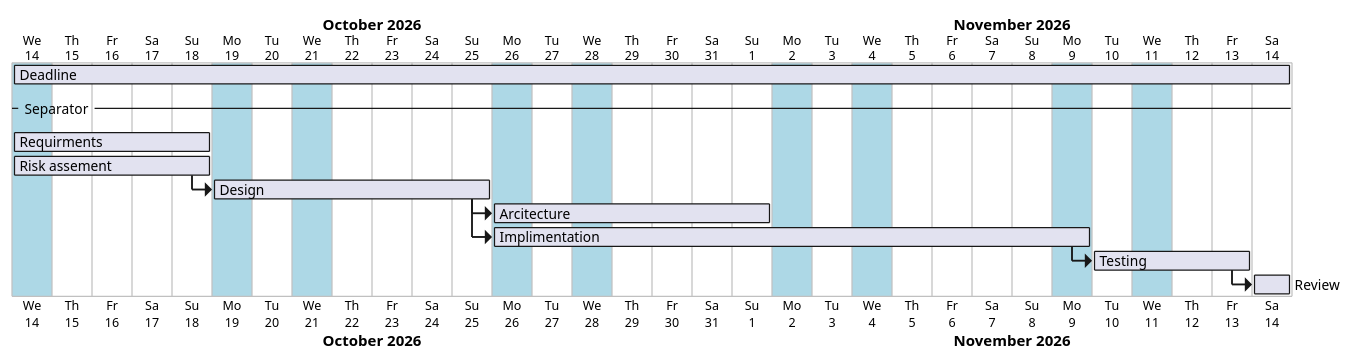
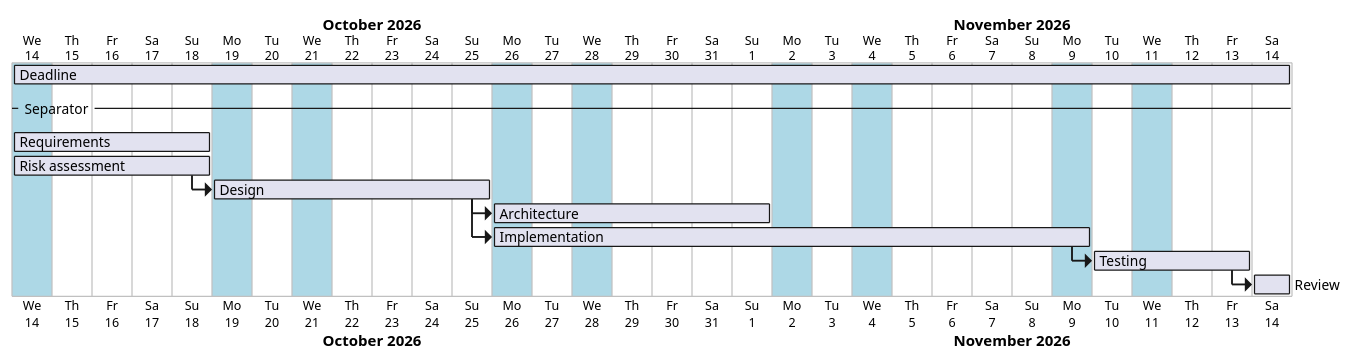
One commit to NoahB-07/Eng1Website changed the second of 2 diagrams in README.md. Above: the diagram before and after it, drawn with PlantUML. The commit also changed other lines of this file, not shown here.

Commit message:
Update WBS and Gantt chart formatting in README

````diff
--- a/README.md
+++ b/README.md
@@ -43,18 +43,18 @@
       ```plantuml
-         @startgantt
-         printscale daily zoom 2
-         Project starts the 14st of October 2026
-         [Deadline] requires 32 days
-         -- Separator --
-        [Requirments] requires 5 days
-        [Risk assement] requires 5 days
-        Then [Design] requires 1 week
-        Then [Arcitecture] requires 1 week
-        [Implimentation] requires 15 day
-        [Implimentation] starts at [Design]'s end
-        Then [Testing] requires 4 days
-        Then [Review] requires 1 days
-        mondays are coloured in Lightblue
-        wednesdays are coloured in lightBlue
-        @endgantt
+     @startgantt
+     printscale daily zoom 2
+     Project starts the 14st of October 2026
+     [Deadline] requires 32 days
+     -- Separator --
+    [Requirements] requires 5 days
+    [Risk assessment] requires 5 days
+    Then [Design] requires 1 week
+    Then [Architecture] requires 1 week
+    [Implementation] requires 15 day
+    [Implementation] starts at [Design]'s end
+    Then [Testing] requires 4 days
+    Then [Review] requires 1 days
+    Mondays are coloured in LightBlue
+    Wednesdays are coloured in lightBlue
+    @endgantt
       ```
````
